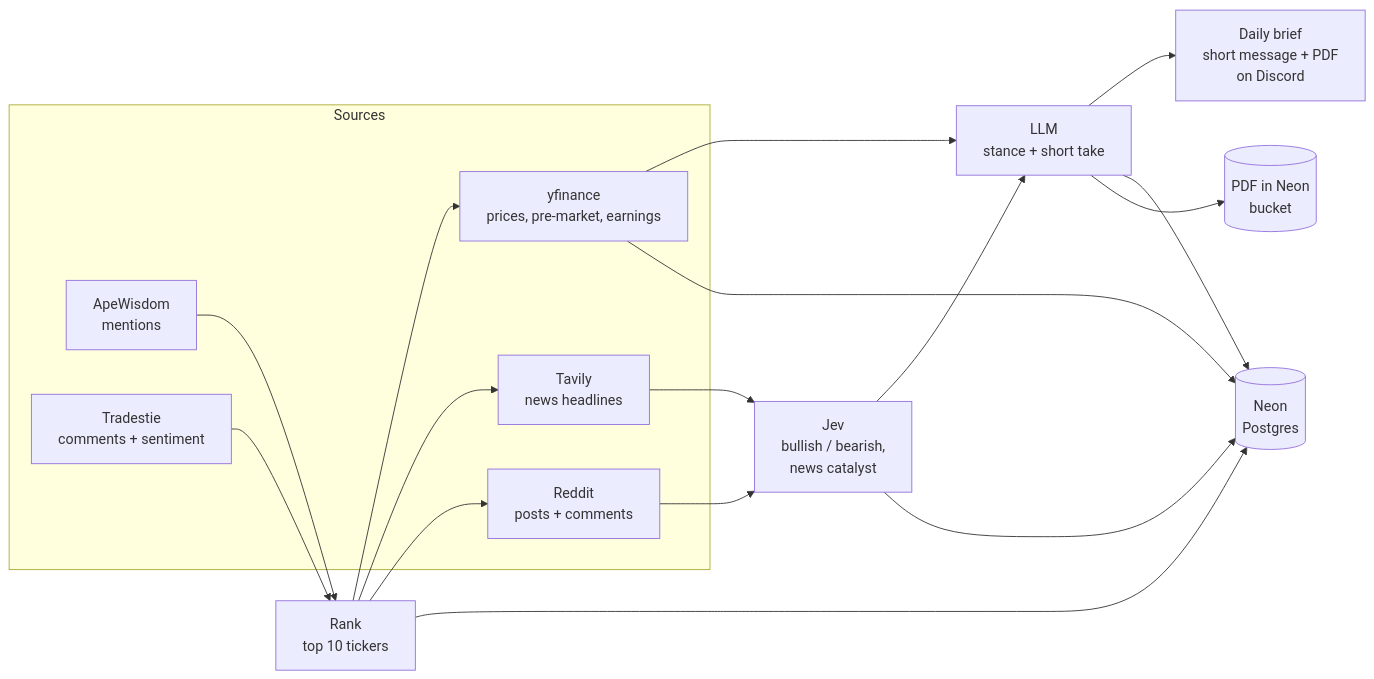
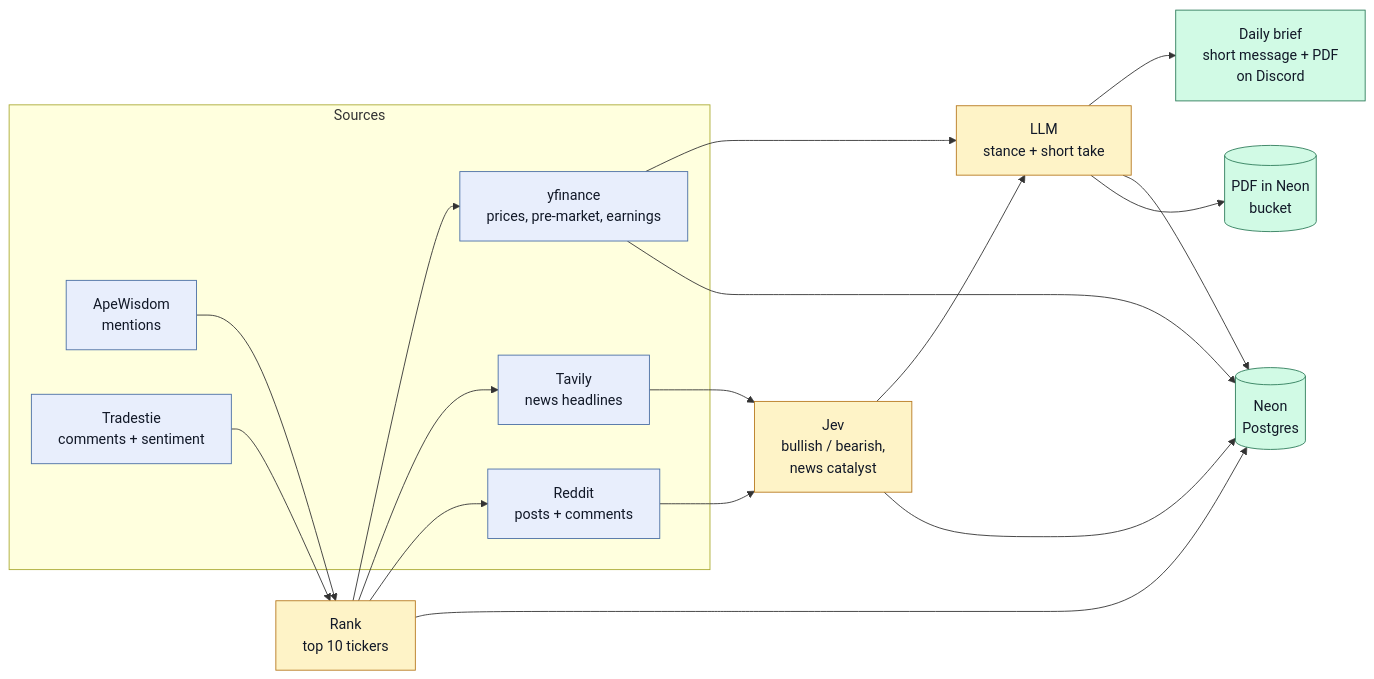
One commit to alia4760/market-sentiment-agent changed the first of 2 diagrams in README.md. Above: the diagram before and after it, drawn with Mermaid. The commit also changed other lines of this file and 2 other files, not shown here.

Commit message:
Fix diagram colours so text is readable in light and dark themes

````diff
--- a/README.md
+++ b/README.md
@@ -15,32 +15,39 @@
 ```mermaid
 flowchart LR
     subgraph Sources
         A[ApeWisdom<br/>mentions]
         B[Tradestie<br/>comments + sentiment]
         C[yfinance<br/>prices, pre-market, earnings]
         D[Tavily<br/>news headlines]
         E[Reddit<br/>posts + comments]
     end
 
     F[Rank<br/>top 10 tickers]
     G[Jev<br/>bullish / bearish,<br/>news catalyst]
     H[LLM<br/>stance + short take]
     I[(Neon<br/>Postgres)]
     J[Daily brief<br/>short message + PDF<br/>on Discord]
 
     A --> F
     B --> F
     F --> C
     F --> D
     F --> E
     D --> G
     E --> G
     C --> H
     G --> H
     H --> J
     F --> I
     C --> I
     G --> I
     H --> I
     H --> K[(PDF in Neon<br/>bucket)]
+
+    classDef src fill:#e8eefc,stroke:#4a6fa5,color:#111827
+    classDef step fill:#fef3c7,stroke:#b7791f,color:#111827
+    classDef store fill:#d1fae5,stroke:#2f7d5b,color:#111827
+    class A,B,C,D,E src
+    class F,G,H step
+    class I,J,K store
 ```
````
